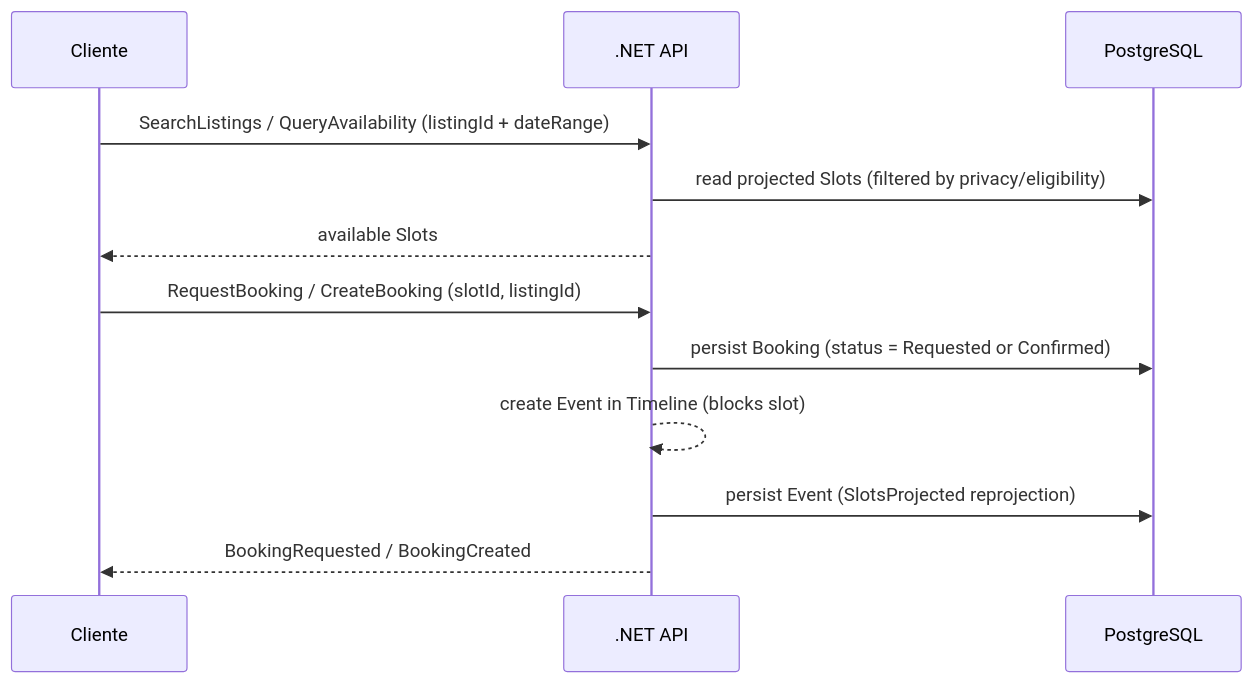
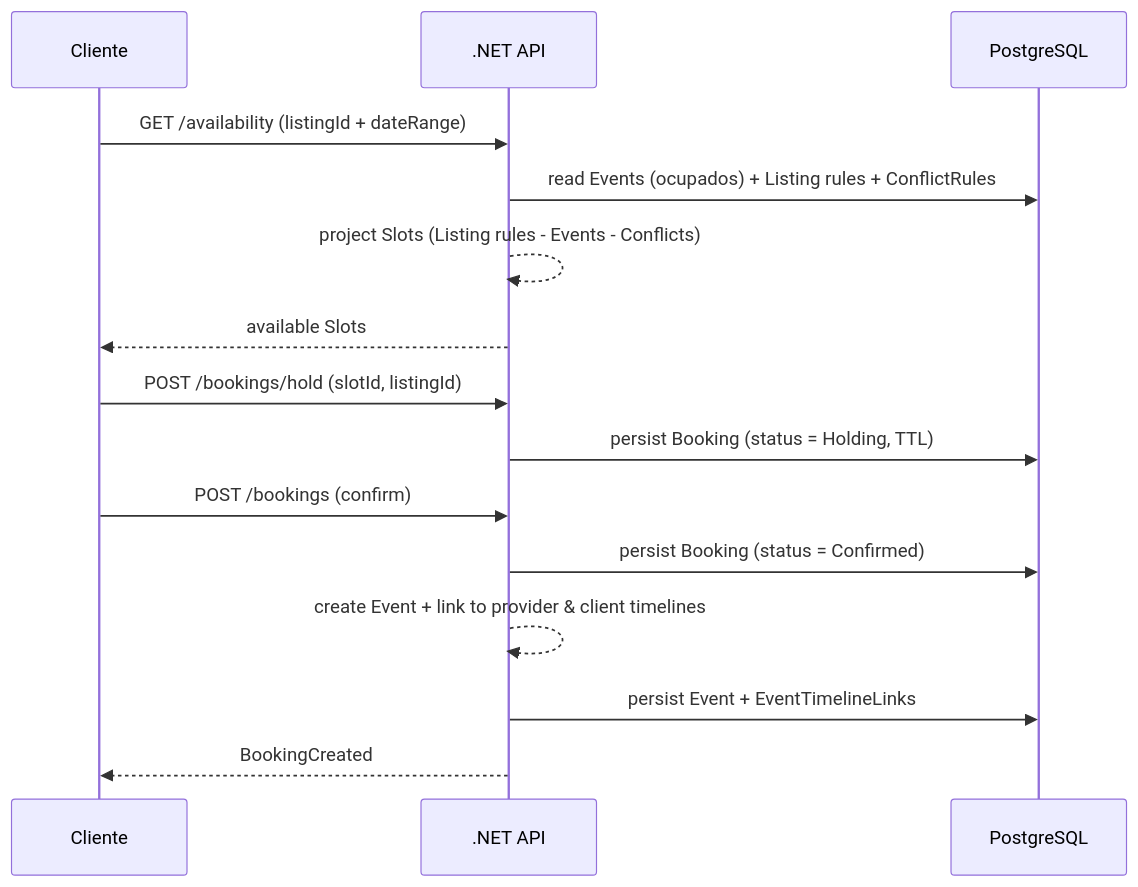
Before and after one commit to vytehub/vt-docs-public: the fourth of 6 diagrams in docs/03-architecture/system-architecture/overview.md, drawn with Mermaid. The commit also changed other lines of this file and 32 other files, not shown here.

````diff
--- a/docs/03-architecture/system-architecture/overview.md
+++ b/docs/03-architecture/system-architecture/overview.md
@@ -97,16 +100,20 @@
 ```mermaid
 sequenceDiagram
   participant C as Cliente
   participant API as .NET API
   participant DB as PostgreSQL
 
-  C->>API: SearchListings / QueryAvailability (listingId + dateRange)
-  API->>DB: read projected Slots (filtered by privacy/eligibility)
+  C->>API: GET /availability (listingId + dateRange)
+  API->>DB: read Events (ocupados) + Listing rules + ConflictRules
+  API-->>API: project Slots (Listing rules - Events - Conflicts)
   API-->>C: available Slots
 
-  C->>API: RequestBooking / CreateBooking (slotId, listingId)
-  API->>DB: persist Booking (status = Requested or Confirmed)
-  API-->>API: create Event in Timeline (blocks slot)
-  API->>DB: persist Event (SlotsProjected reprojection)
-  API-->>C: BookingRequested / BookingCreated
+  C->>API: POST /bookings/hold (slotId, listingId)
+  API->>DB: persist Booking (status = Holding, TTL)
+
+  C->>API: POST /bookings (confirm)
+  API->>DB: persist Booking (status = Confirmed)
+  API-->>API: create Event + link to provider & client timelines
+  API->>DB: persist Event + EventTimelineLinks
+  API-->>C: BookingCreated
 ```
````
